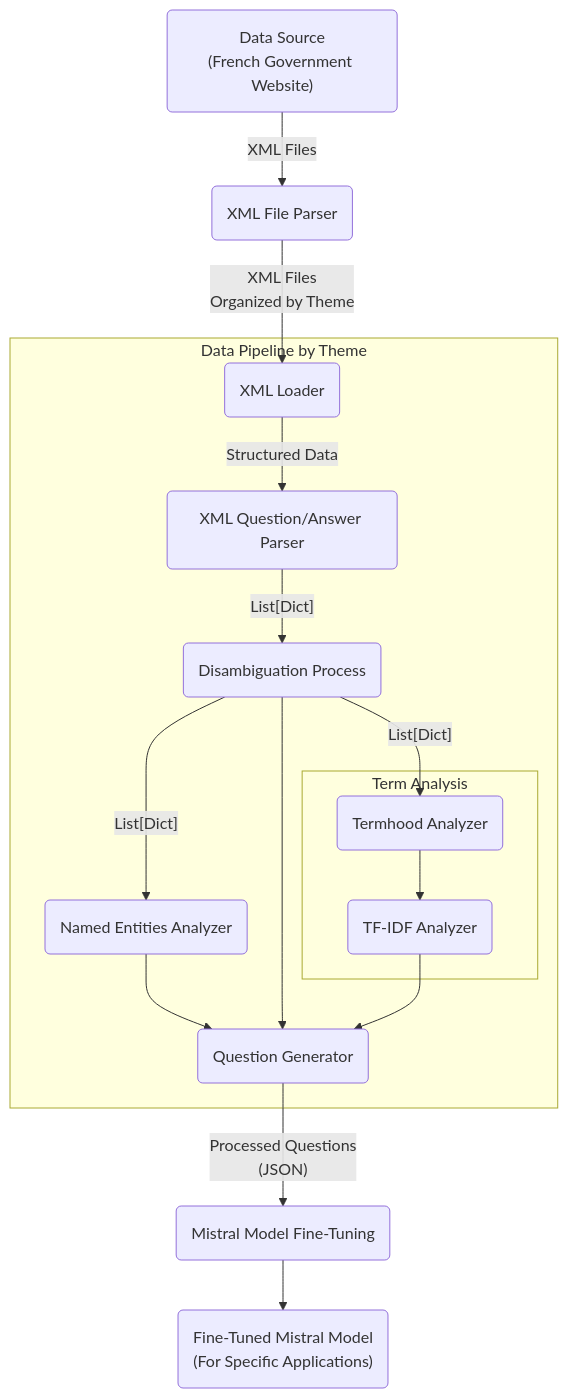
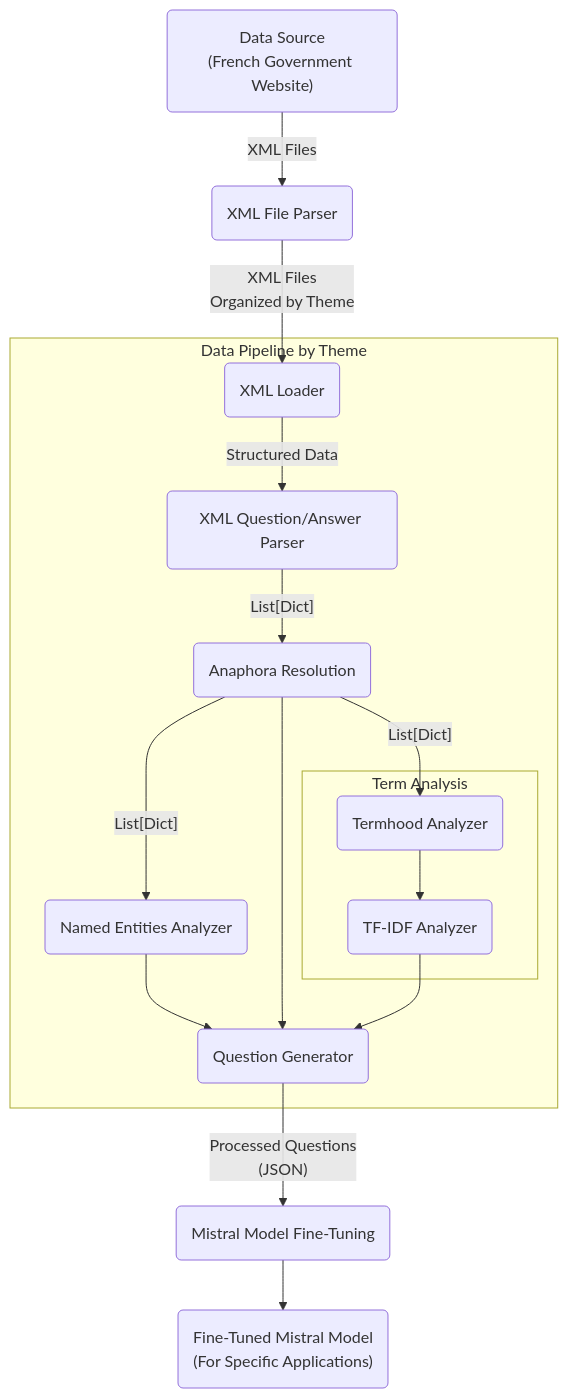
The first of 2 diagrams in README.md (neoseb59/ChatBot_NLP), drawn with Mermaid before and after one commit. The commit also changed other lines of this file, not shown here.

````diff
--- a/README.md
+++ b/README.md
@@ -34,27 +32,27 @@
 ```mermaid
 graph TD
 
     A("Data Source\n(French Government Website)") -- "XML Files" --> B("XML File Parser")
     B -- "XML Files\nOrganized by Theme" --> C("XML Loader")
     
     subgraph "Data Pipeline by Theme"
         C -- "Structured Data" --> D("XML Question/Answer Parser")
-        D -- "List[Dict]" --> K("Disambiguation Process")
+        D -- "List[Dict]" --> K("Anaphora Resolution")
         K -- "List[Dict]" --> F("Termhood Analyzer")
         
         subgraph "Term Analysis"
             F --> G("TF-IDF Analyzer")
         end
 
         K -- "List[Dict]" --> E("Named Entities Analyzer")
         E --> H("Question Generator")
         K --> H
         G --> H
     end
 
     H -- "Processed Questions\n(JSON)" --> I("Mistral Model Fine-Tuning")
     I --> J("Fine-Tuned Mistral Model\n(For Specific Applications)")
 
     class A,B,C,D,E,F,G,H,I,J nodeStyle;
 
 ```
````
